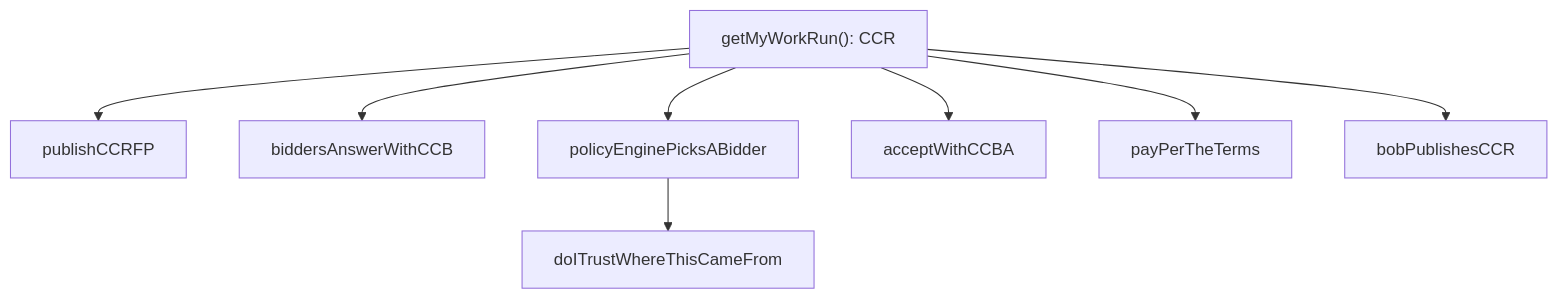
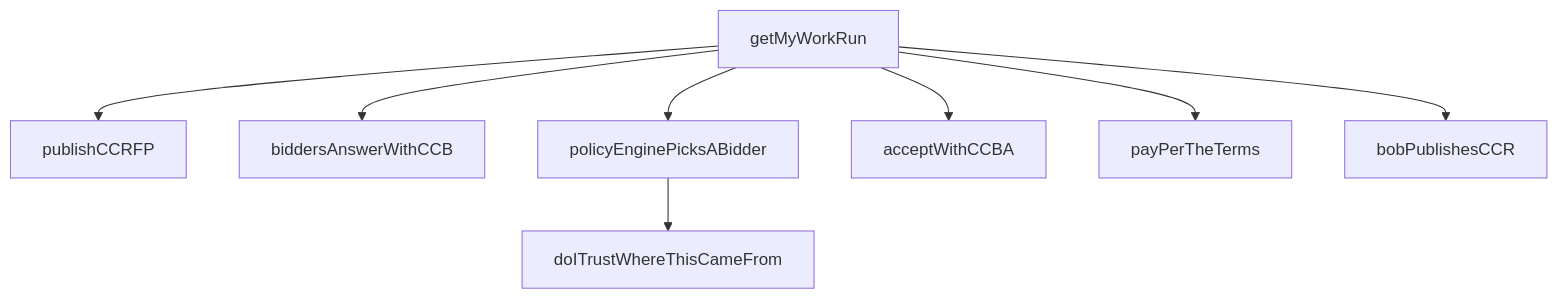
Before and after one commit to publicdomainrelay/open-architecture: the fifth of 9 diagrams in ARCHITECTURE_REPORT.md, drawn with Mermaid. The commit also changed other lines of this file and 4 other files, not shown here.

````diff
--- a/ARCHITECTURE_REPORT.md
+++ b/ARCHITECTURE_REPORT.md
@@ -273,11 +292,10 @@
 ```mermaid
 graph TD
-  getMyWorkRun["getMyWorkRun(): CCR"]
-  getMyWorkRun --> pccrfp[publishCCRFP]
-  getMyWorkRun --> bawccb[biddersAnswerWithCCB]
-  getMyWorkRun --> pepab[policyEnginePicksABidder]
-  getMyWorkRun --> awccba[acceptWithCCBA]
-  getMyWorkRun --> pptt[payPerTheTerms]
-  getMyWorkRun --> bpc[bobPublishesCCR]
-  pepab --> doITrustWhereThisCameFrom
+  getMyWorkRun --> publishCCRFP
+  getMyWorkRun --> biddersAnswerWithCCB
+  getMyWorkRun --> policyEnginePicksABidder
+  policyEnginePicksABidder --> doITrustWhereThisCameFrom
+  getMyWorkRun --> acceptWithCCBA
+  getMyWorkRun --> payPerTheTerms
+  getMyWorkRun --> bobPublishesCCR
 ```
````
